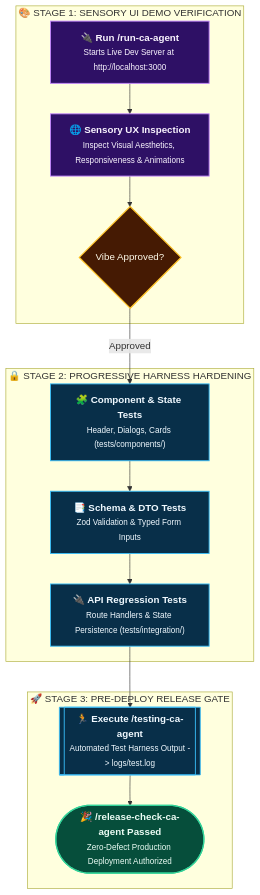
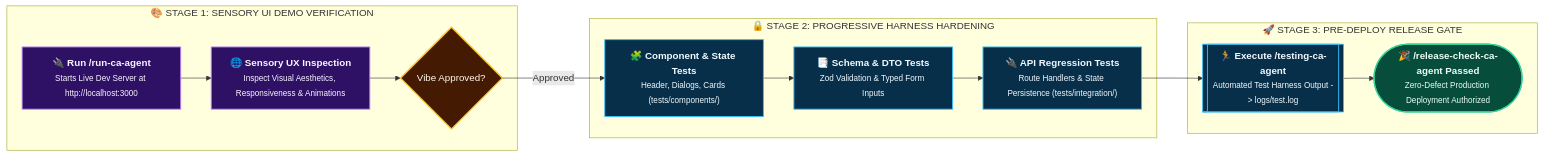
Before and after one commit to rmsofficialsyt/Agentic-AI-Vibe-Coding-AND-SDD-TDD-Codebase-Chandan-Adhikary: the diagram in Vibe-Coding-Chandan-Adhikary/Vibe-Coding/tests/README.md, drawn with Mermaid. The commit also changed 23 other files, not shown here.

Commit message:
docs: convert all vertical diagrams to horizontal (flowchart LR) layout

````diff
--- a/Vibe-Coding-Chandan-Adhikary/Vibe-Coding/tests/README.md
+++ b/Vibe-Coding-Chandan-Adhikary/Vibe-Coding/tests/README.md
@@ -25,32 +25,32 @@
 ```mermaid
-flowchart TD
+flowchart LR
     classDef sensory fill:#2e1065,stroke:#c084fc,stroke-width:1.5px,color:#faf5ff;
     classDef gate fill:#451a03,stroke:#fbbf24,stroke-width:2px,color:#fffbeb;
     classDef harden fill:#082f49,stroke:#38bdf8,stroke-width:1.5px,color:#f0f9ff;
     classDef pass fill:#064e3b,stroke:#34d399,stroke-width:2px,color:#ecfdf5;
 
     subgraph SensoryStage ["🎨 STAGE 1: SENSORY UI DEMO VERIFICATION"]
         LiveDemo["<b>🔌 Run /run-ca-agent</b><br/><small>Starts Live Dev Server at http://localhost:3000</small>"]:::sensory
         SensoryCheck["<b>🌐 Sensory UX Inspection</b><br/><small>Inspect Visual Aesthetics, Responsiveness & Animations</small>"]:::sensory
         VibeSignOff{"Vibe Approved?"}:::gate
     end
 
     subgraph HardeningStage ["🔒 STAGE 2: PROGRESSIVE HARNESS HARDENING"]
         ComponentTests["<b>🧩 Component & State Tests</b><br/><small>Header, Dialogs, Cards (tests/components/)</small>"]:::harden
         ValidationTests["<b>📑 Schema & DTO Tests</b><br/><small>Zod Validation & Typed Form Inputs</small>"]:::harden
         RegressionTests["<b>🔌 API Regression Tests</b><br/><small>Route Handlers & State Persistence (tests/integration/)</small>"]:::harden
     end
 
     subgraph ReleaseStage ["🚀 STAGE 3: PRE-DEPLOY RELEASE GATE"]
         TestRun[["<b>🏃 Execute /testing-ca-agent</b><br/><small>Automated Test Harness Output -> logs/test.log</small>"]]:::harden
         ShipVerdict(["<b>🎉 /release-check-ca-agent Passed</b><br/><small>Zero-Defect Production Deployment Authorized</small>"]):::pass
     end
 
     LiveDemo --> SensoryCheck
     SensoryCheck --> VibeSignOff
     VibeSignOff -->|"Approved"| ComponentTests
     ComponentTests --> ValidationTests
     ValidationTests --> RegressionTests
     RegressionTests --> TestRun
     TestRun --> ShipVerdict
 ```
````
